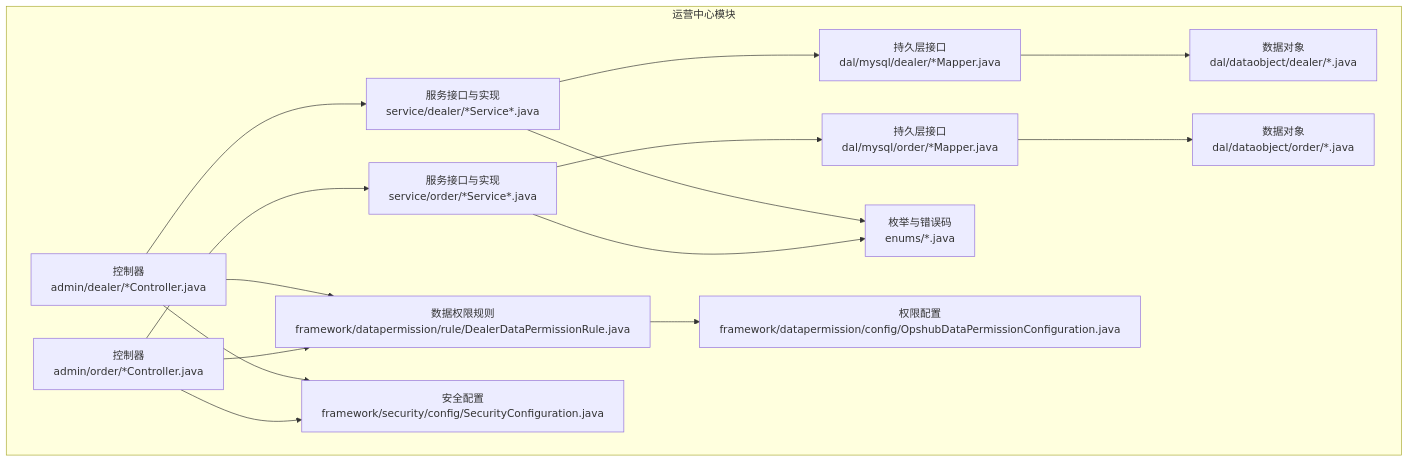
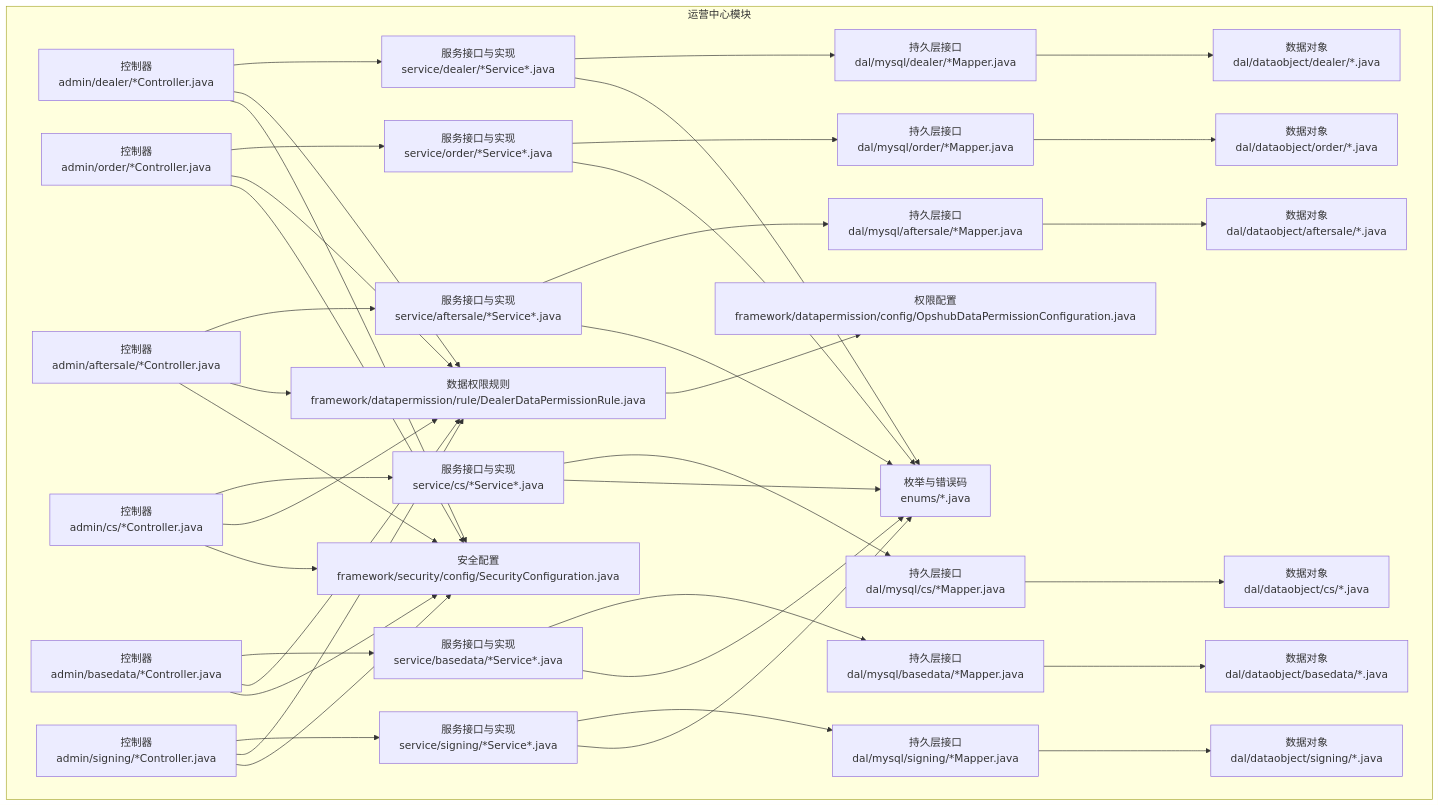
The first of 13 diagrams in .qoder/repowiki/zh/content/核心模块/运营中心模块/运营中心模块.md (xiaoche80s-tech/rouyi-vue-pro), drawn with Mermaid before and after one commit. The commit also changed other lines of this file and 627 other files, not shown here.

````diff
--- a/.qoder/repowiki/zh/content/核心模块/运营中心模块/运营中心模块.md
+++ b/.qoder/repowiki/zh/content/核心模块/运营中心模块/运营中心模块.md
@@ -71,30 +92,70 @@
 ```mermaid
 graph TB
 subgraph "运营中心模块"
 C1["控制器<br/>admin/dealer/*Controller.java"]
 C2["控制器<br/>admin/order/*Controller.java"]
+C3["控制器<br/>admin/aftersale/*Controller.java"]
+C4["控制器<br/>admin/cs/*Controller.java"]
+C5["控制器<br/>admin/basedata/*Controller.java"]
+C6["控制器<br/>admin/signing/*Controller.java"]
 S1["服务接口与实现<br/>service/dealer/*Service*.java"]
 S2["服务接口与实现<br/>service/order/*Service*.java"]
+S3["服务接口与实现<br/>service/aftersale/*Service*.java"]
+S4["服务接口与实现<br/>service/cs/*Service*.java"]
+S5["服务接口与实现<br/>service/basedata/*Service*.java"]
+S6["服务接口与实现<br/>service/signing/*Service*.java"]
 M1["持久层接口<br/>dal/mysql/dealer/*Mapper.java"]
 M2["持久层接口<br/>dal/mysql/order/*Mapper.java"]
+M3["持久层接口<br/>dal/mysql/aftersale/*Mapper.java"]
+M4["持久层接口<br/>dal/mysql/cs/*Mapper.java"]
+M5["持久层接口<br/>dal/mysql/basedata/*Mapper.java"]
+M6["持久层接口<br/>dal/mysql/signing/*Mapper.java"]
 D1["数据对象<br/>dal/dataobject/dealer/*.java"]
 D2["数据对象<br/>dal/dataobject/order/*.java"]
+D3["数据对象<br/>dal/dataobject/aftersale/*.java"]
+D4["数据对象<br/>dal/dataobject/cs/*.java"]
+D5["数据对象<br/>dal/dataobject/basedata/*.java"]
+D6["数据对象<br/>dal/dataobject/signing/*.java"]
 E1["枚举与错误码<br/>enums/*.java"]
 P1["数据权限规则<br/>framework/datapermission/rule/DealerDataPermissionRule.java"]
 PC1["权限配置<br/>framework/datapermission/config/OpshubDataPermissionConfiguration.java"]
 SEC["安全配置<br/>framework/security/config/SecurityConfiguration.java"]
 end
 C1 --> S1
 C2 --> S2
+C3 --> S3
+C4 --> S4
+C5 --> S5
+C6 --> S6
 S1 --> M1
 S2 --> M2
+S3 --> M3
+S4 --> M4
+S5 --> M5
+S6 --> M6
 M1 --> D1
 M2 --> D2
+M3 --> D3
+M4 --> D4
+M5 --> D5
+M6 --> D6
 S1 --> E1
 S2 --> E1
+S3 --> E1
+S4 --> E1
+S5 --> E1
+S6 --> E1
 C1 --> P1
 C2 --> P1
+C3 --> P1
+C4 --> P1
+C5 --> P1
+C6 --> P1
 P1 --> PC1
 C1 --> SEC
 C2 --> SEC
+C3 --> SEC
+C4 --> SEC
+C5 --> SEC
+C6 --> SEC
 ```
````
